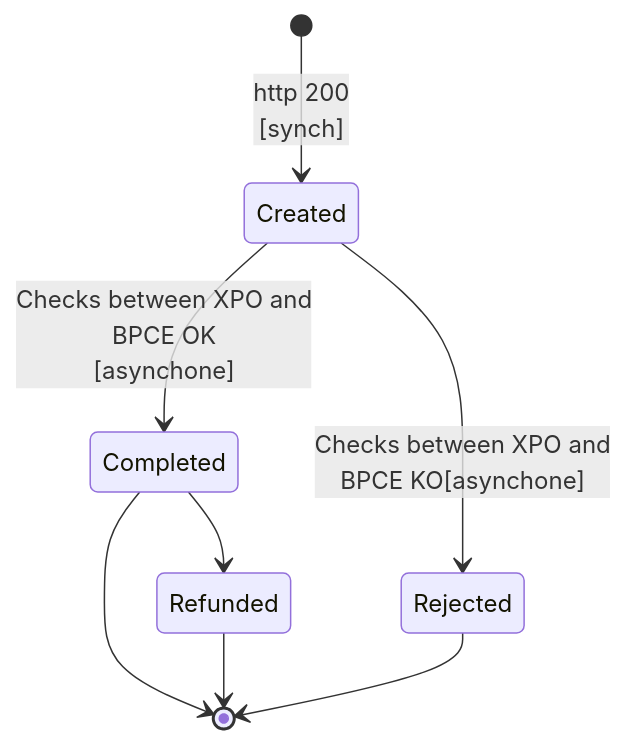
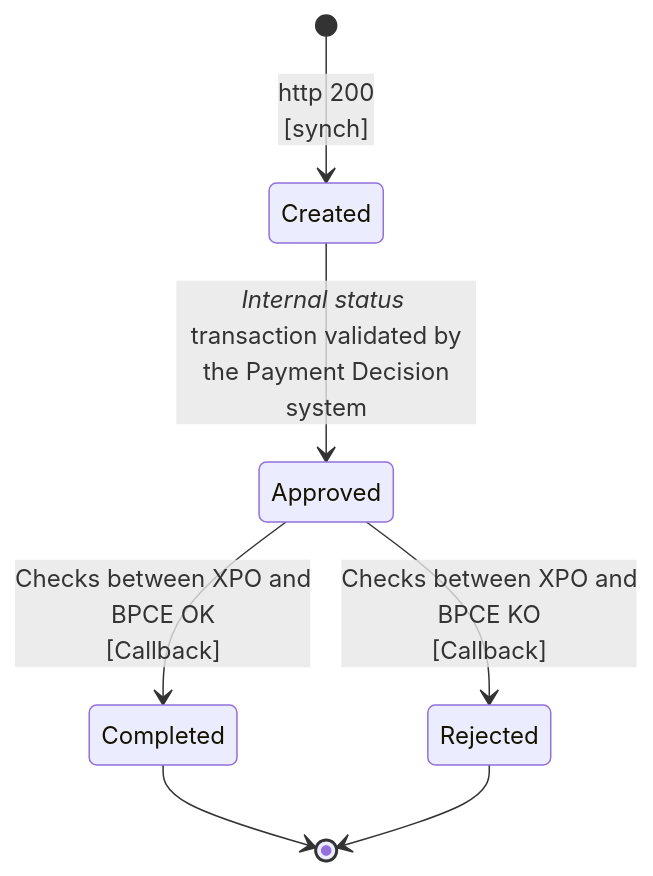
The second of 11 diagrams in docs/usecases/sepa_transfers/instant_payment.md (pomme-clic/s-money-documentation), drawn with Mermaid before and after one commit. The commit also changed other lines of this file, not shown here.

Commit message:
Update Instant payment v1.2

````diff
--- a/docs/usecases/sepa_transfers/instant_payment.md
+++ b/docs/usecases/sepa_transfers/instant_payment.md
@@ -54,12 +55,12 @@
 ```mermaid
 stateDiagram
 [*] --> Created: http 200 <br/> [synch]
-Created --> Completed : Checks between XPO and <br/> BPCE OK <br/> [asynchone]
-Created --> Rejected : Checks between XPO and <br/> BPCE KO[asynchone]
+Created --> Approved: *Internal status* <br/> transaction validated by <br/> the Payment Decision system
+Approved --> Completed : Checks between XPO and <br/> BPCE OK <br/> [Callback]
+Approved --> Rejected : Checks between XPO and <br/> BPCE KO <br/>[Callback]
 Completed --> [*]
-Completed --> Refunded
-Refunded --> [*]
 Rejected --> [*]
 
 
+
 ```
````
